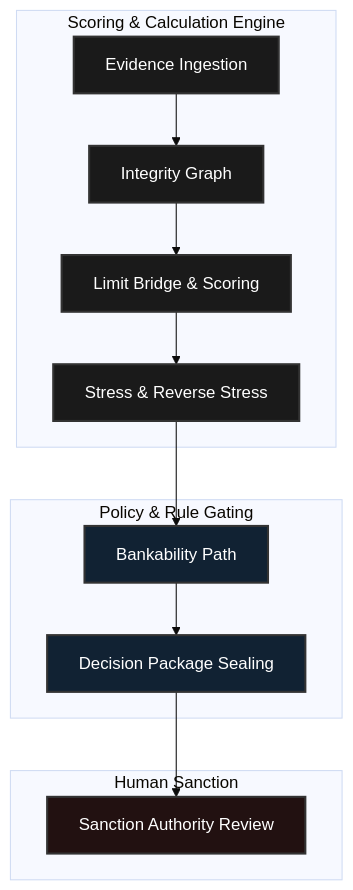
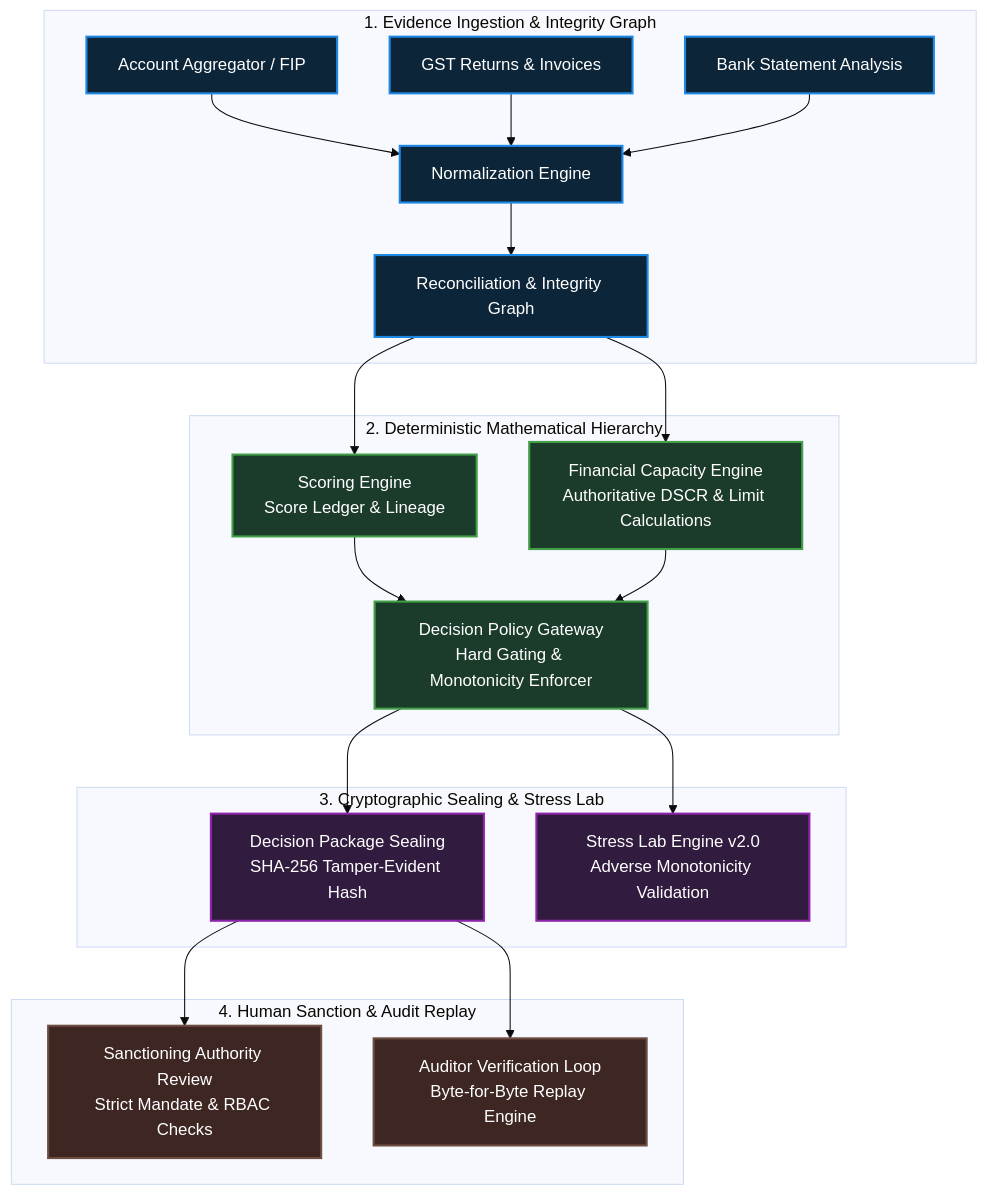
The first of 2 diagrams in README.md (Sauravssoni/IDBI-INNOVATE-2026), drawn with Mermaid (base theme) before and after one commit. The commit also changed other lines of this file and 1 other file, not shown here.

Commit message:
docs: redesign institutional README and system architecture specification with final verified proofs

````diff
--- a/README.md
+++ b/README.md
@@ -15,25 +86,36 @@
 ```mermaid
-graph TD;
-    subgraph Engine [Scoring & Calculation Engine]
-        A[Evidence Ingestion] --> B[Integrity Graph]
-        B --> C[Limit Bridge & Scoring]
-        C --> D[Stress & Reverse Stress]
+graph TD
+    subgraph Ingestion ["1. Evidence Ingestion & Integrity Graph"]
+        AA[Account Aggregator / FIP] --> N[Normalization Engine]
+        GST[GST Returns & Invoices] --> N
+        BNK[Bank Statement Analysis] --> N
+        N --> IG[Reconciliation & Integrity Graph]
     end
-    
-    subgraph Gating [Policy & Rule Gating]
-        D --> E[Bankability Path]
-        E --> F[Decision Package Sealing]
+
+    subgraph Engine ["2. Deterministic Mathematical Hierarchy"]
+        IG --> SE[Scoring Engine<br/>Score Ledger & Lineage]
+        IG --> FCE[Financial Capacity Engine<br/>Authoritative DSCR & Limit Calculations]
+        SE --> DP[Decision Policy Gateway<br/>Hard Gating & Monotonicity Enforcer]
+        FCE --> DP
     end
-    
-    subgraph Human [Human Sanction]
-        F --> G[Sanction Authority Review]
+
+    subgraph Governance ["3. Cryptographic Sealing & Stress Lab"]
+        DP --> PKG[Decision Package Sealing<br/>SHA-256 Tamper-Evident Hash]
+        DP --> SL[Stress Lab Engine v2.0<br/>Adverse Monotonicity Validation]
     end
-    
-    classDef engine fill:#1a1a1a,stroke:#333,stroke-width:2px,color:#fff;
-    classDef gating fill:#112233,stroke:#333,stroke-width:2px,color:#fff;
-    classDef human fill:#221111,stroke:#333,stroke-width:2px,color:#fff;
-    
-    class A,B,C,D engine;
-    class E,F gating;
-    class G human;
+
+    subgraph Sanction ["4. Human Sanction & Audit Replay"]
+        PKG --> SA[Sanctioning Authority Review<br/>Strict Mandate & RBAC Checks]
+        PKG --> AUD[Auditor Verification Loop<br/>Byte-for-Byte Replay Engine]
+    end
+
+    classDef ing fill:#0D2538,stroke:#1E88E5,stroke-width:2px,color:#fff;
+    classDef eng fill:#1B3B2B,stroke:#43A047,stroke-width:2px,color:#fff;
+    classDef gov fill:#311B3E,stroke:#8E24AA,stroke-width:2px,color:#fff;
+    classDef san fill:#3E2723,stroke:#6D4C41,stroke-width:2px,color:#fff;
+
+    class AA,GST,BNK,N,IG ing;
+    class SE,FCE,DP eng;
+    class PKG,SL gov;
+    class SA,AUD san;
 ```
````
